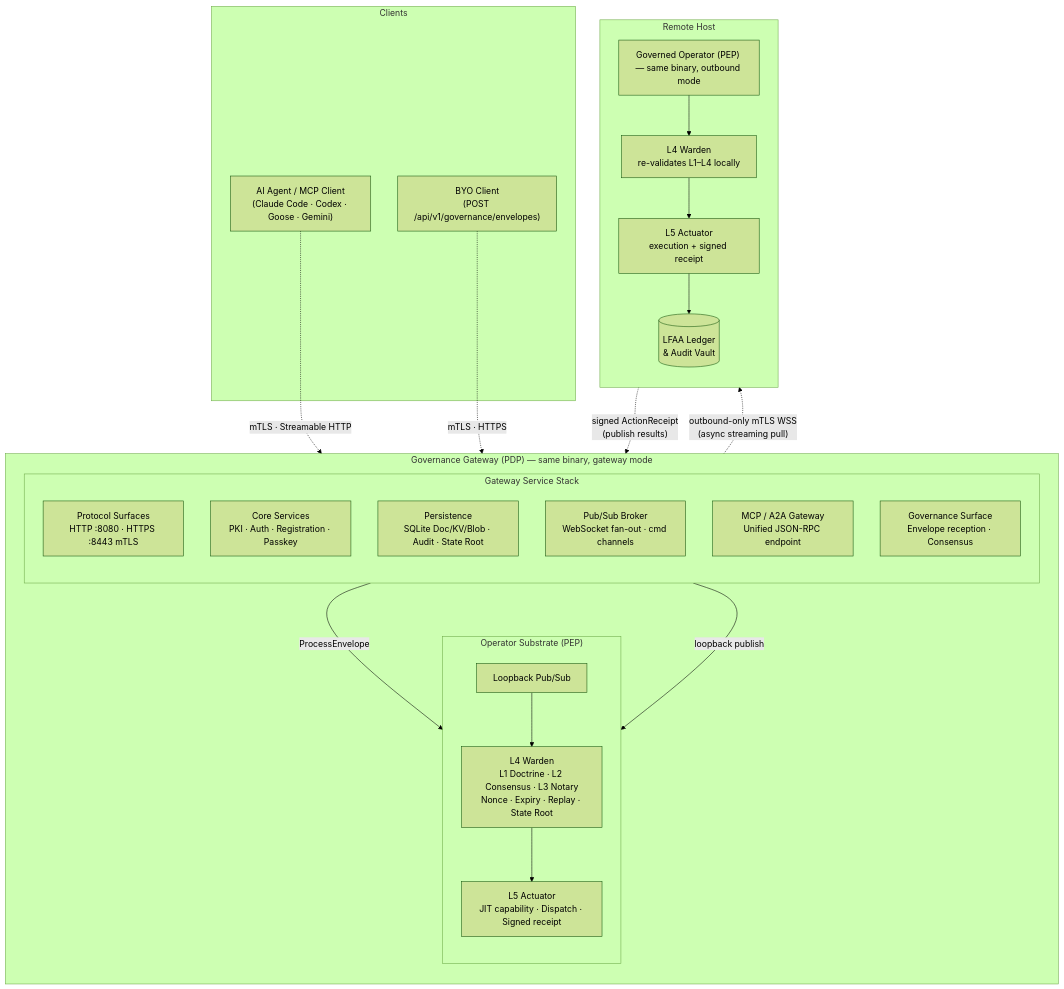
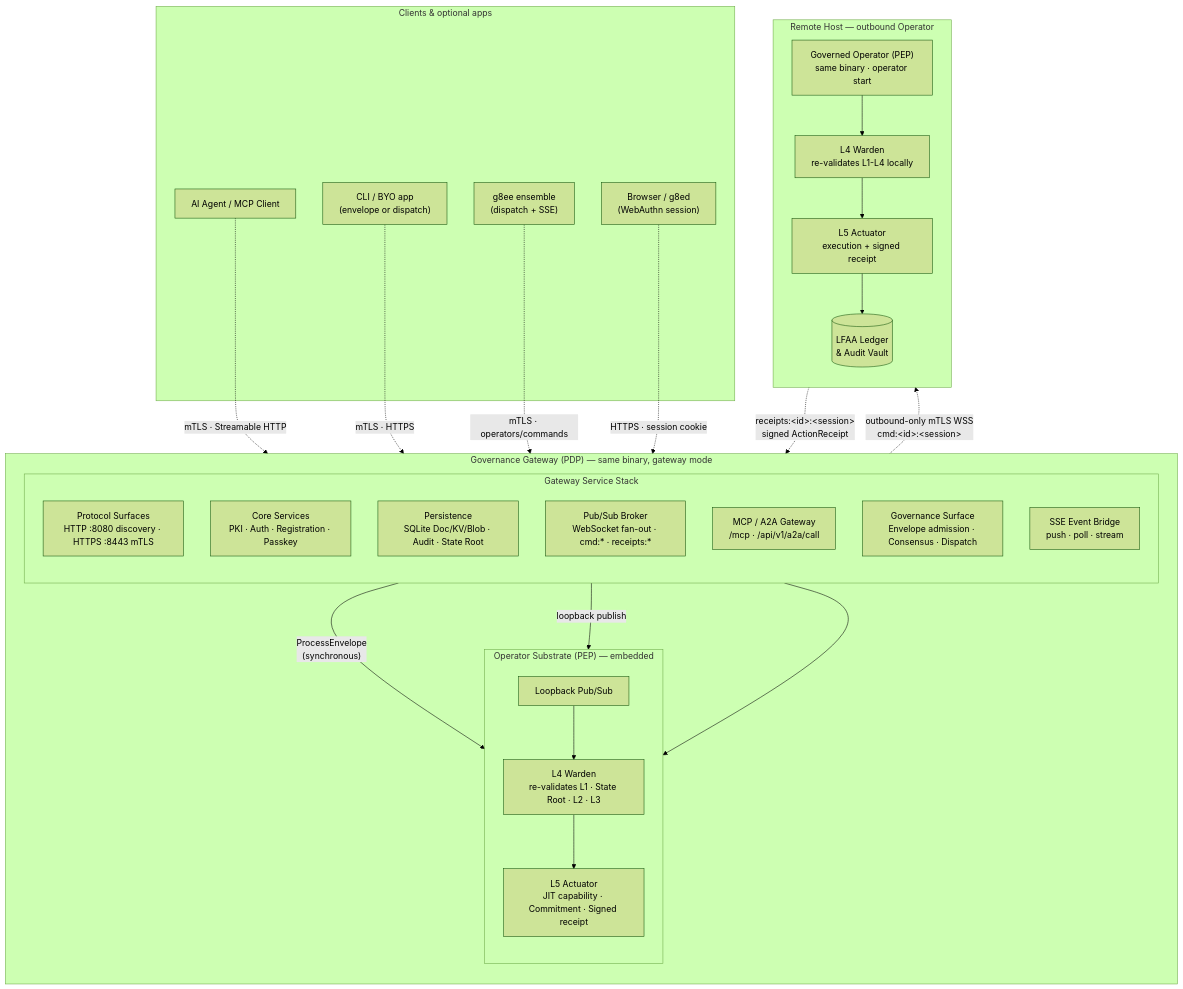
Before and after one commit to g8e-ai/g8e: the diagram in docs/diagrams/graph-system-50k.md, drawn with Mermaid (forest theme). The commit also changed other lines of this file and 1307 other files, not shown here.

````diff
--- a/docs/diagrams/graph-system-50k.md
+++ b/docs/diagrams/graph-system-50k.md
@@ -10,47 +10,53 @@
 ```mermaid
 graph TD
     subgraph GatewayProcess ["Governance Gateway (PDP) — same binary, gateway mode"]
         direction TB
 
         subgraph GWStack ["Gateway Service Stack"]
             direction TB
-            Surfaces["Protocol Surfaces<br/>HTTP :8080 · HTTPS :8443 mTLS"]
+            Surfaces["Protocol Surfaces<br/>HTTP :8080 discovery · HTTPS :8443 mTLS"]
             Services["Core Services<br/>PKI · Auth · Registration · Passkey"]
             Persistence["Persistence<br/>SQLite Doc/KV/Blob · Audit · State Root"]
-            Broker["Pub/Sub Broker<br/>WebSocket fan-out · cmd channels"]
-            MCP["MCP / A2A Gateway<br/>Unified JSON-RPC endpoint"]
-            Gov["Governance Surface<br/>Envelope reception · Consensus"]
+            Broker["Pub/Sub Broker<br/>WebSocket fan-out · cmd:* · receipts:*"]
+            MCP["MCP / A2A Gateway<br/>/mcp · /api/v1/a2a/call"]
+            Gov["Governance Surface<br/>Envelope admission · Consensus · Dispatch"]
+            SSE["SSE Event Bridge<br/>push · poll · stream"]
         end
 
-        subgraph OpSubstrate ["Operator Substrate (PEP)"]
+        subgraph OpSubstrate ["Operator Substrate (PEP) — embedded"]
             direction TB
             Loopback["Loopback Pub/Sub"]
-            L4["L4 Warden<br/>L1 Doctrine · L2 Consensus · L3 Notary<br/>Nonce · Expiry · Replay · State Root"]
-            L5["L5 Actuator<br/>JIT capability · Dispatch · Signed receipt"]
+            L4["L4 Warden<br/>re-validates L1 · State Root · L2 · L3"]
+            L5["L5 Actuator<br/>JIT capability · Commitment · Signed receipt"]
             Loopback --> L4 --> L5
         end
 
-        Gov -- "ProcessEnvelope" --> Loopback
+        Gov -- "ProcessEnvelope<br/>(synchronous)" --> Loopback
         Broker -- "loopback publish" --> Loopback
+        MCP --> Loopback
     end
 
-    subgraph RemoteHost ["Remote Host"]
+    subgraph RemoteHost ["Remote Host — outbound Operator"]
         direction TB
-        RemoteOp["Governed Operator (PEP) — same binary, outbound mode"]
-        RemoteL4["L4 Warden<br/>re-validates L1–L4 locally"]
+        RemoteOp["Governed Operator (PEP)<br/>same binary · operator start"]
+        RemoteL4["L4 Warden<br/>re-validates L1-L4 locally"]
         RemoteL5["L5 Actuator<br/>execution + signed receipt"]
         RemoteLedger[("LFAA Ledger<br/>& Audit Vault")]
         RemoteOp --> RemoteL4 --> RemoteL5 --> RemoteLedger
     end
 
-    subgraph Clients ["Clients"]
-        Agent["AI Agent / MCP Client<br/>(Claude Code · Codex · Goose · Gemini)"]
-        BYO["BYO Client<br/>(POST /api/v1/governance/envelopes)"]
+    subgraph Clients ["Clients & optional apps"]
+        Agent["AI Agent / MCP Client"]
+        BYO["CLI / BYO app<br/>(envelope or dispatch)"]
+        EE["g8ee ensemble<br/>(dispatch + SSE)"]
+        Browser["Browser / g8ed<br/>(WebAuthn session)"]
     end
 
     Agent -. "mTLS · Streamable HTTP" .-> Surfaces
     BYO -. "mTLS · HTTPS" .-> Gov
+    EE -. "mTLS · operators/commands" .-> Gov
+    Browser -. "HTTPS · session cookie" .-> Surfaces
 
-    Broker -. "outbound-only mTLS WSS<br/>(async streaming pull)" .-> RemoteOp
-    RemoteOp -. "signed ActionReceipt<br/>(publish results)" .-> Broker
+    Broker -. "outbound-only mTLS WSS<br/>cmd:&lt;id&gt;:&lt;session&gt;" .-> RemoteOp
+    RemoteOp -. "receipts:&lt;id&gt;:&lt;session&gt;<br/>signed ActionReceipt" .-> Broker
 ```
````
